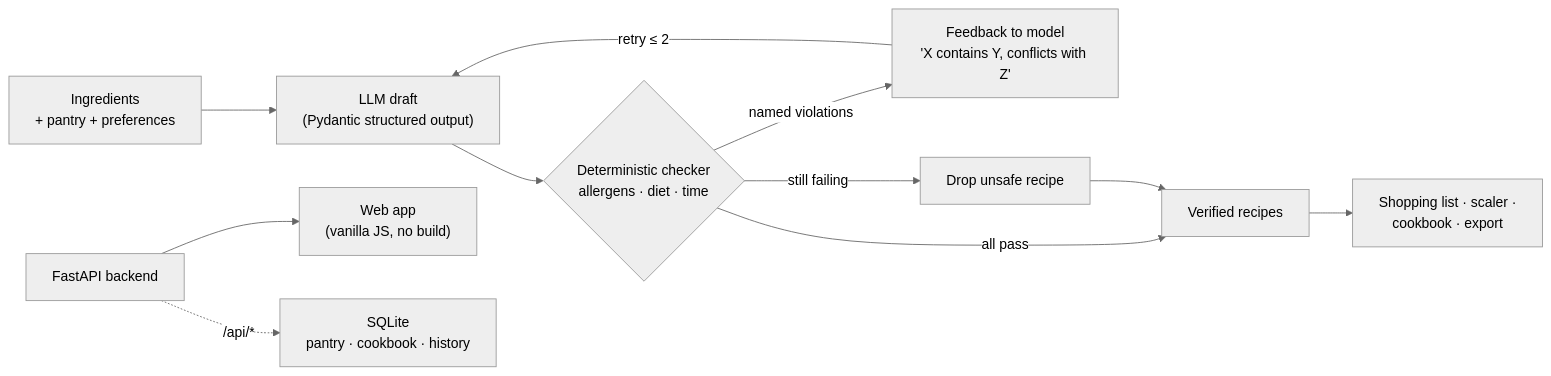
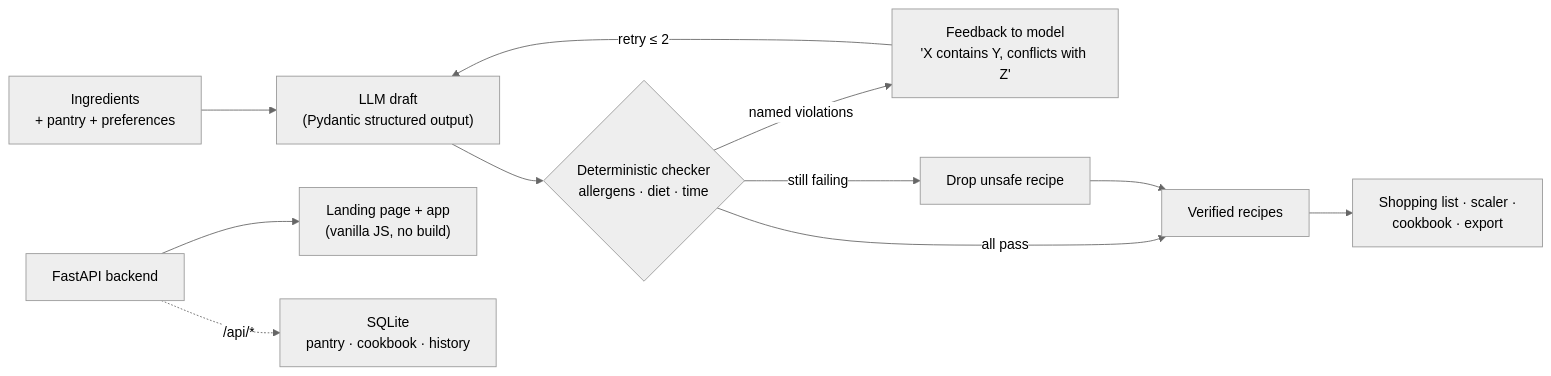
One commit to MaddipatlaChetan24/SafePlate changed the diagram in README.md. Above: the diagram before and after it, drawn with Mermaid (neutral theme). The commit also changed other lines of this file, not shown here.

````diff
--- a/README.md
+++ b/README.md
@@ -48,14 +64,14 @@
 ```mermaid
 flowchart LR
     A["Ingredients\n+ pantry + preferences"] --> B["LLM draft\n(Pydantic structured output)"]
     B --> C{"Deterministic checker\nallergens · diet · time"}
     C -->|"all pass"| E["Verified recipes"]
     C -->|"named violations"| D["Feedback to model\n'X contains Y, conflicts with Z'"]
     D -->|"retry ≤ 2"| B
     C -->|"still failing"| F["Drop unsafe recipe"]
     F --> E
     E --> G["Shopping list · scaler ·\ncookbook · export"]
 
-    H["FastAPI backend"] --> I["Web app\n(vanilla JS, no build)"]
+    H["FastAPI backend"] --> I["Landing page + app\n(vanilla JS, no build)"]
     H -.->|"/api/*"| J["SQLite\npantry · cookbook · history"]
 ```
````
